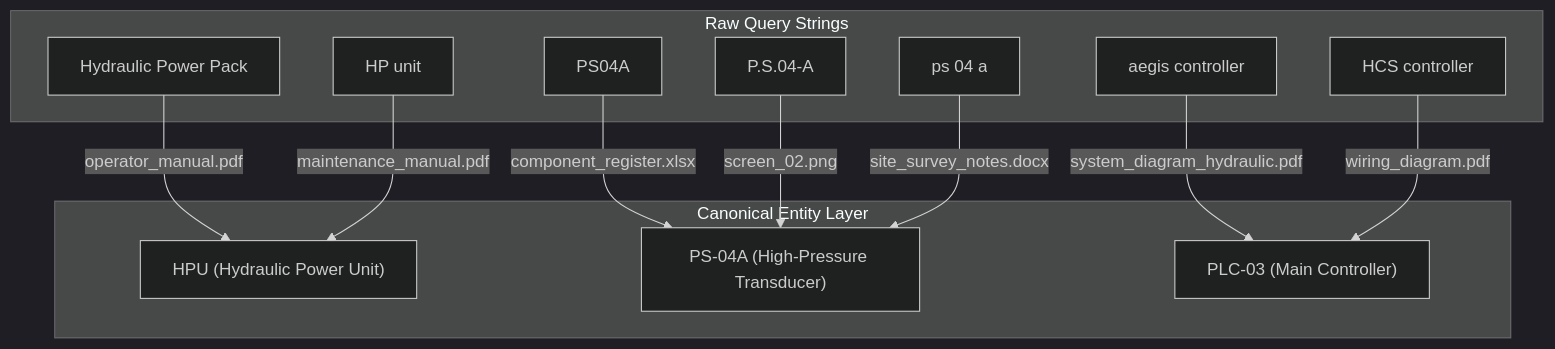
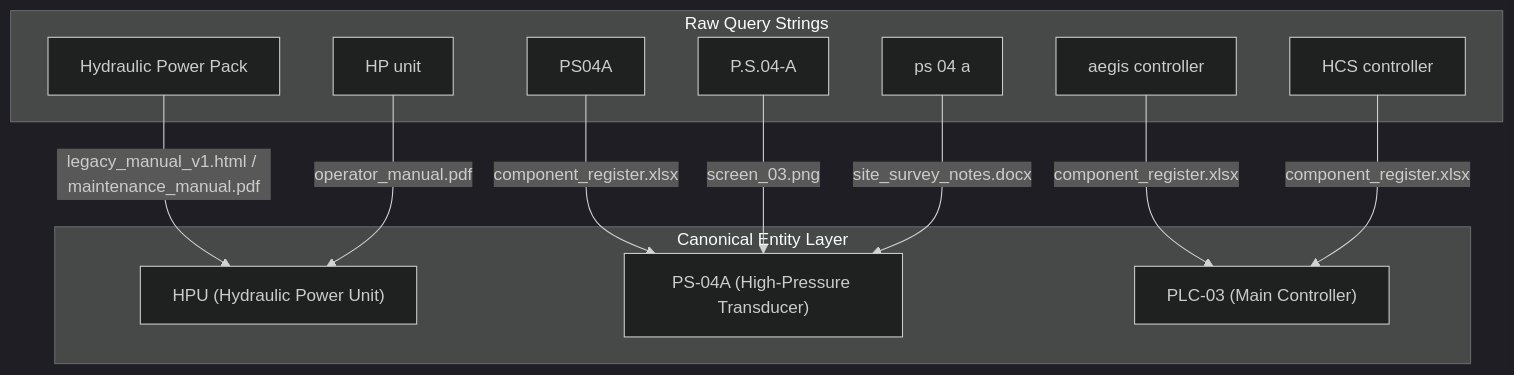
One commit to Vivek4528/aegis-hcs-knowledge-base changed the second of 3 diagrams in THEORY_AND_ARCHITECTURE_DEEP_DIVE.md. Above: the diagram before and after it, drawn with Mermaid (dark theme). The commit also changed other lines of this file and 39 other files, not shown here.

````diff
--- a/THEORY_AND_ARCHITECTURE_DEEP_DIVE.md
+++ b/THEORY_AND_ARCHITECTURE_DEEP_DIVE.md
@@ -129,26 +129,26 @@
 ```mermaid
 graph TD
     subgraph Raw Query Strings
         A1["Hydraulic Power Pack"]
         A2["HP unit"]
         B1["PS04A"]
         B2["P.S.04-A"]
         B3["ps 04 a"]
         C1["aegis controller"]
         C2["HCS controller"]
     end
 
     subgraph Canonical Entity Layer
         E_HPU["HPU (Hydraulic Power Unit)"]
         E_PS04A["PS-04A (High-Pressure Transducer)"]
         E_PLC03["PLC-03 (Main Controller)"]
     end
 
-    A1 -->|operator_manual.pdf| E_HPU
-    A2 -->|maintenance_manual.pdf| E_HPU
+    A1 -->|legacy_manual_v1.html / maintenance_manual.pdf| E_HPU
+    A2 -->|operator_manual.pdf| E_HPU
     B1 -->|component_register.xlsx| E_PS04A
-    B2 -->|screen_02.png| E_PS04A
+    B2 -->|screen_03.png| E_PS04A
     B3 -->|site_survey_notes.docx| E_PS04A
-    C1 -->|system_diagram_hydraulic.pdf| E_PLC03
-    C2 -->|wiring_diagram.pdf| E_PLC03
+    C1 -->|component_register.xlsx| E_PLC03
+    C2 -->|component_register.xlsx| E_PLC03
 ```
````
